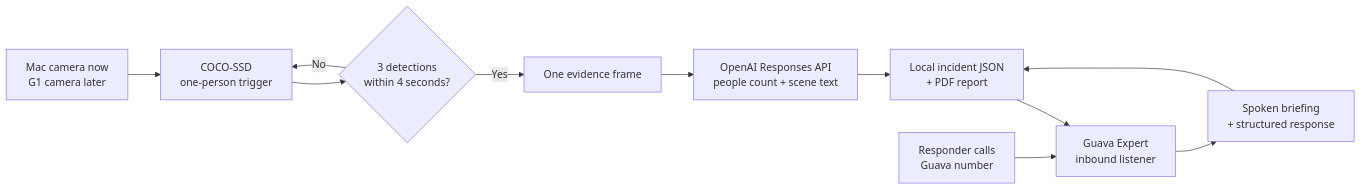
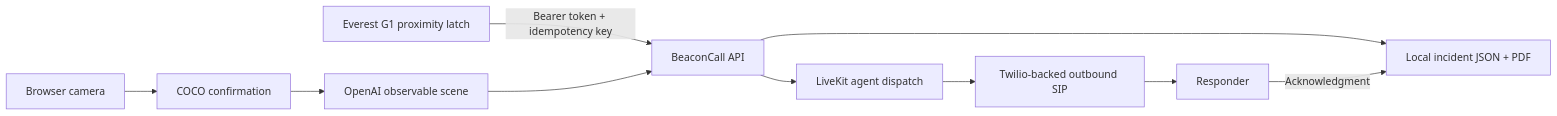
Before and after one commit to KaushikSiva/beacon-call: the diagram in README.md, drawn with Mermaid. The commit also changed other lines of this file and 34 other files, not shown here.

Commit message:
Replace Guava handoff with LiveKit outbound calling

````diff
--- a/README.md
+++ b/README.md
@@ -78,13 +30,12 @@
 ```mermaid
 flowchart LR
-    A[Mac camera now<br/>G1 camera later] --> B[COCO-SSD<br/>one-person trigger]
-    B --> C{3 detections<br/>within 4 seconds?}
-    C -- No --> B
-    C -- Yes --> D[One evidence frame]
-    D --> O[OpenAI Responses API<br/>people count + scene text]
-    O --> I[Local incident JSON<br/>+ PDF report]
-    I --> E[Guava Expert<br/>inbound listener]
-    F[Responder calls<br/>Guava number] --> E
-    E --> G[Spoken briefing<br/>+ structured response]
-    G --> I
+    G[Everest G1 proximity latch] -->|Bearer token + idempotency key| A[BeaconCall API]
+    C[Browser camera] --> V[COCO confirmation]
+    V --> O[OpenAI observable scene]
+    O --> A
+    A --> S[Local incident JSON + PDF]
+    A --> D[LiveKit agent dispatch]
+    D --> P[Twilio-backed outbound SIP]
+    P --> R[Responder]
+    R -->|Acknowledgment| S
 ```
````
